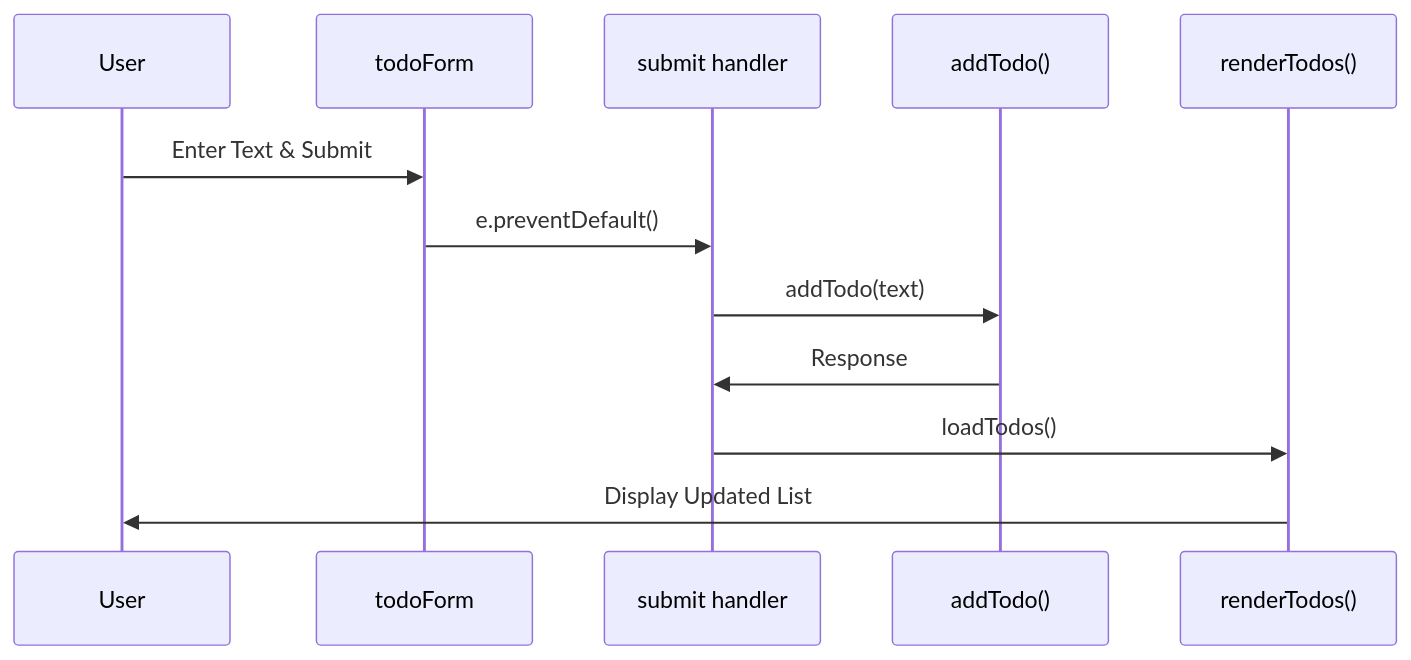
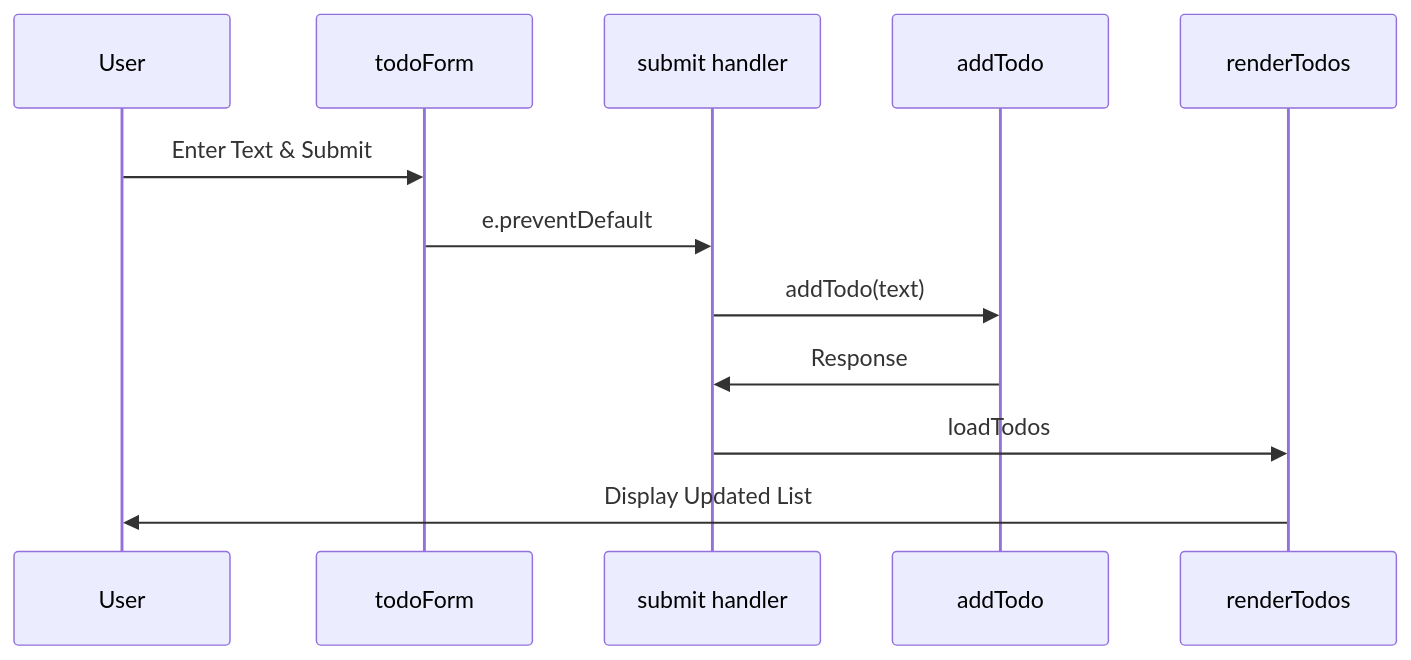
The fourth of 9 diagrams in APP.md (rahul101001000/mytodolist), drawn with Mermaid before and after one commit. The commit also changed other lines of this file, not shown here.

````diff
--- a/APP.md
+++ b/APP.md
@@ -113,15 +113,15 @@
    ```mermaid
    sequenceDiagram
        participant User
        participant Form as todoForm
        participant Handler as submit handler
-       participant API as addTodo()
-       participant UI as renderTodos()
+       participant API as addTodo
+       participant UI as renderTodos
 
        User->>Form: Enter Text & Submit
-       Form->>Handler: e.preventDefault()
+       Form->>Handler: e.preventDefault
        Handler->>API: addTodo(text)
        API->>Handler: Response
-       Handler->>UI: loadTodos()
+       Handler->>UI: loadTodos
        UI->>User: Display Updated List
    ```
````
